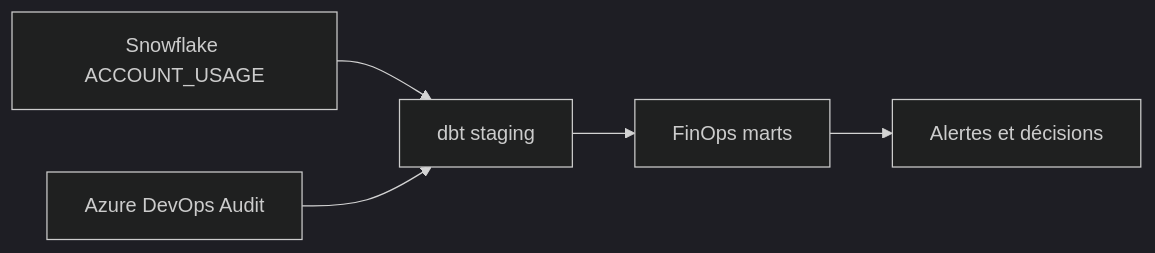
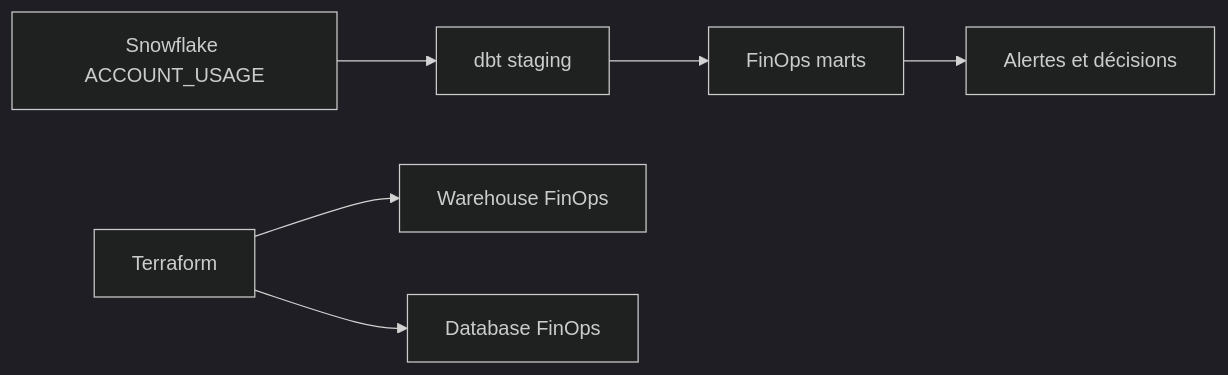
The diagram in courses/day-04/module-13-finops-observability/lab.md (msellamiTN/Snowflake-terraform), drawn with Mermaid (dark theme) before and after one commit. The commit also changed other lines of this file and 169 other files, not shown here.

````diff
--- a/courses/day-04/module-13-finops-observability/lab.md
+++ b/courses/day-04/module-13-finops-observability/lab.md
@@ -41,7 +47,8 @@
 ```mermaid
 flowchart LR
     SF[Snowflake ACCOUNT_USAGE] --> STG[dbt staging]
     STG --> MARTS[FinOps marts]
     MARTS --> OPS[Alertes et décisions]
-    PIPE[Azure DevOps Audit] --> STG
+    TF[Terraform] --> WH[Warehouse FinOps]
+    TF --> DB[Database FinOps]
 ```
````
